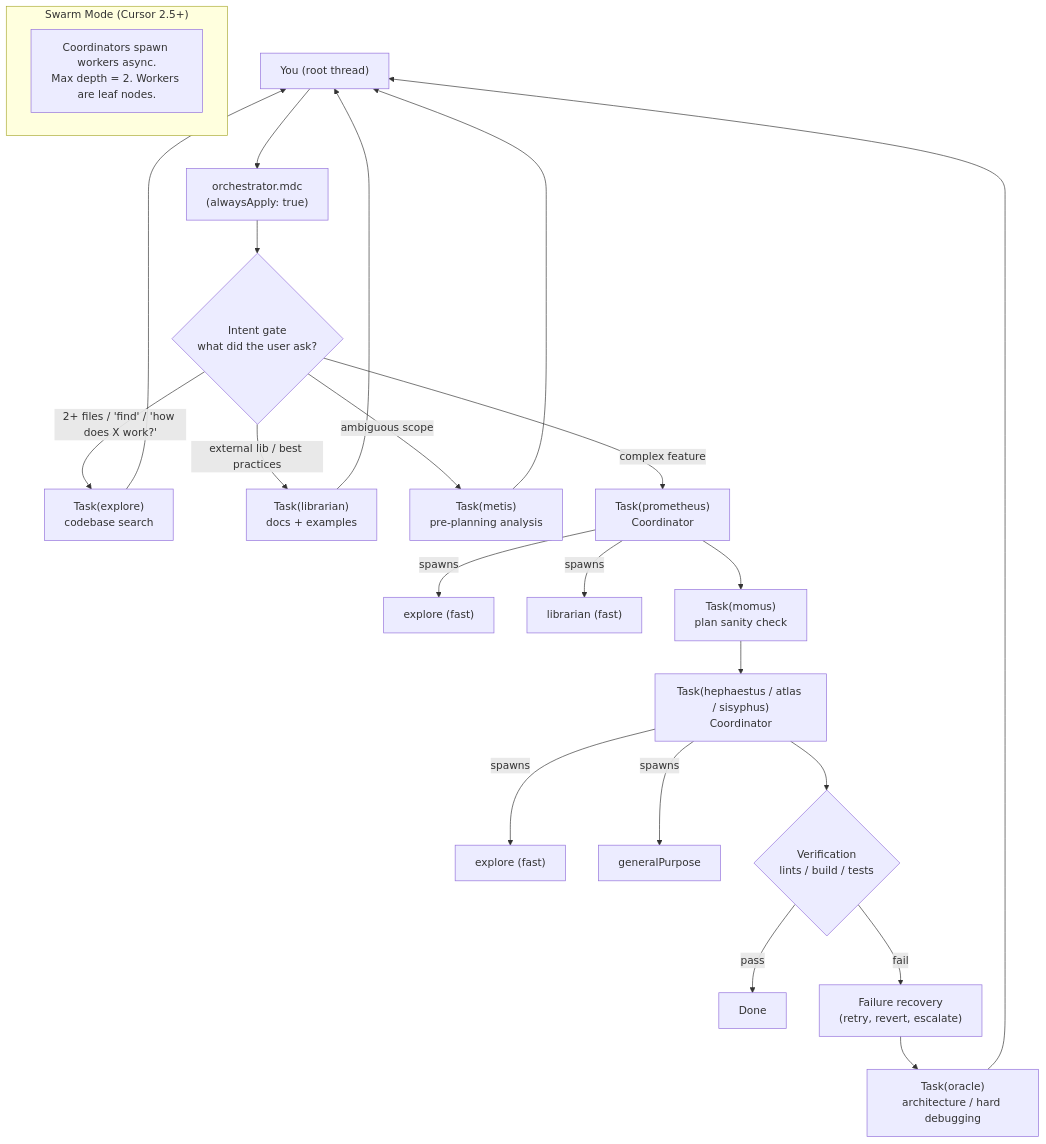
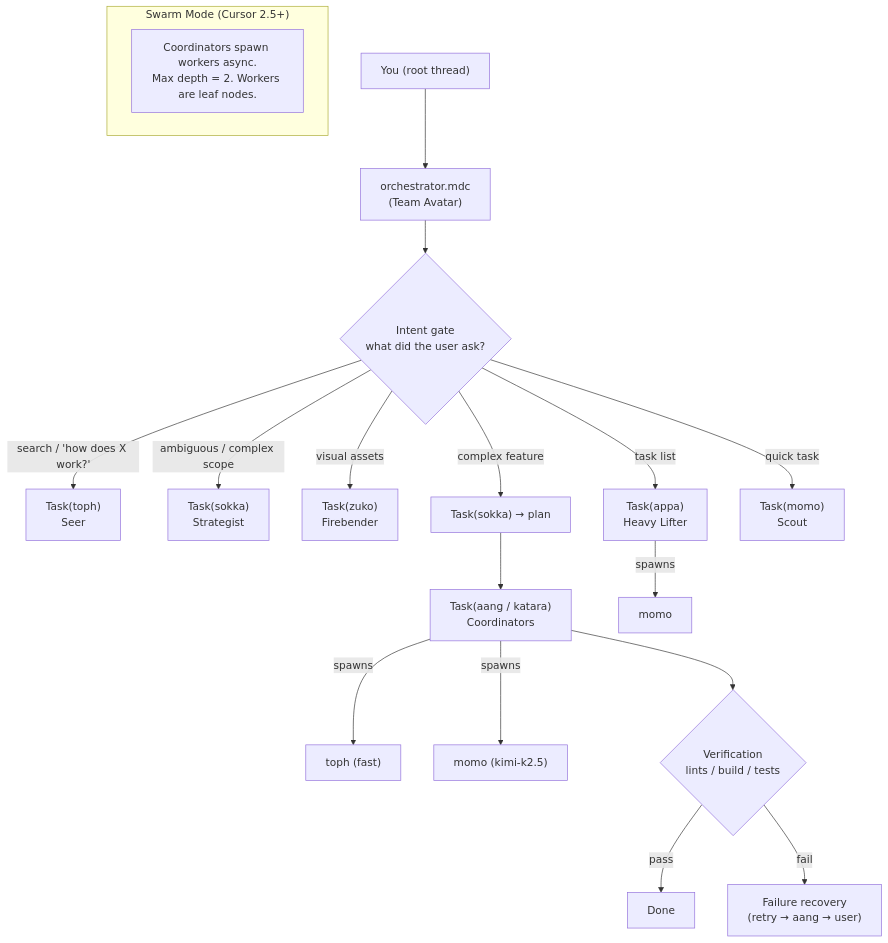
One commit to tmcfarlane/oh-my-cursor changed the diagram in README.md. Above: the diagram before and after it, drawn with Mermaid. The commit also changed other lines of this file and 33 other files, not shown here.

First line of the commit message:
Update installation script and README for Team Avatar features

````diff
--- a/README.md
+++ b/README.md
@@ -194,33 +154,29 @@
 ```mermaid
 flowchart TD
-  U["You (root thread)"] --> R["orchestrator.mdc<br/>(alwaysApply: true)"]
+  U["You (root thread)"] --> R["orchestrator.mdc<br/>(Team Avatar)"]
 
   R --> IG{"Intent gate<br/>what did the user ask?"}
 
-  IG -->|2+ files / 'find' / 'how does X work?'| EX["Task(explore)<br/>codebase search"]
-  IG -->|external lib / best practices| LI["Task(librarian)<br/>docs + examples"]
-  IG -->|ambiguous scope| ME["Task(metis)<br/>pre-planning analysis"]
+  IG -->|"search / 'how does X work?'"| T["Task(toph)<br/>Seer"]
+  IG -->|"ambiguous / complex scope"| S["Task(sokka)<br/>Strategist"]
+  IG -->|"visual assets"| Z["Task(zuko)<br/>Firebender"]
 
-  IG -->|complex feature| PR["Task(prometheus)<br/>Coordinator"]
-  PR -->|"spawns"| PR_EX["explore (fast)"]
-  PR -->|"spawns"| PR_LI["librarian (fast)"]
-  PR --> MO["Task(momus)<br/>plan sanity check"]
-  MO --> IM["Task(hephaestus / atlas / sisyphus)<br/>Coordinator"]
+  IG -->|"complex feature"| PLAN["Task(sokka) → plan"]
+  PLAN --> IMPL["Task(aang / katara)<br/>Coordinators"]
 
-  IM -->|"spawns"| IM_EX["explore (fast)"]
-  IM -->|"spawns"| IM_GP["generalPurpose"]
+  IMPL -->|"spawns"| T2["toph (fast)"]
+  IMPL -->|"spawns"| M2["momo (kimi-k2.5)"]
 
-  EX --> U
-  LI --> U
-  ME --> U
+  IG -->|"task list"| AP["Task(appa)<br/>Heavy Lifter"]
+  AP -->|"spawns"| M3["momo"]
 
-  IM --> V{"Verification<br/>lints / build / tests"}
+  IG -->|"quick task"| MO["Task(momo)<br/>Scout"]
+
+  IMPL --> V{"Verification<br/>lints / build / tests"}
   V -->|pass| DONE["Done"]
-  V -->|fail| FR["Failure recovery<br/>(retry, revert, escalate)"]
-  FR --> OR["Task(oracle)<br/>architecture / hard debugging"]
-  OR --> U
+  V -->|fail| FR["Failure recovery<br/>(retry → aang → user)"]
 
   subgraph swarmNote ["Swarm Mode (Cursor 2.5+)"]
     N1["Coordinators spawn workers async.<br/>Max depth = 2. Workers are leaf nodes."]
   end
 ```
````
